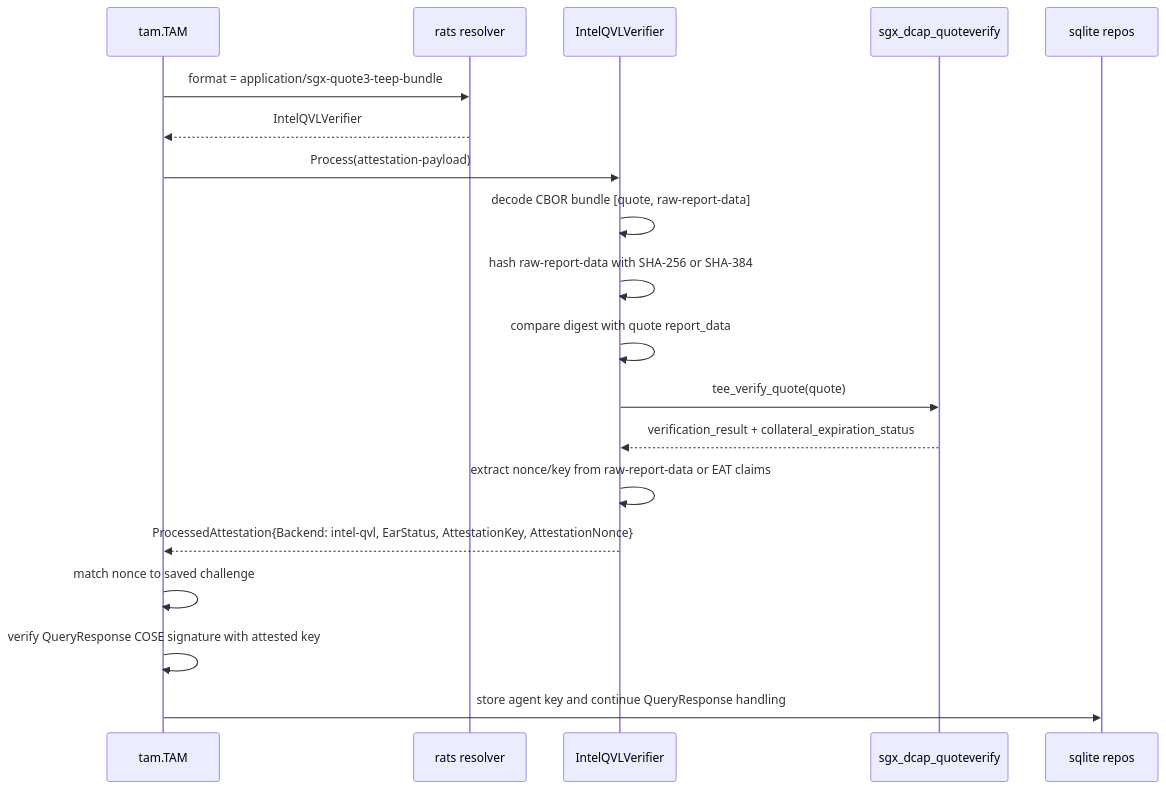
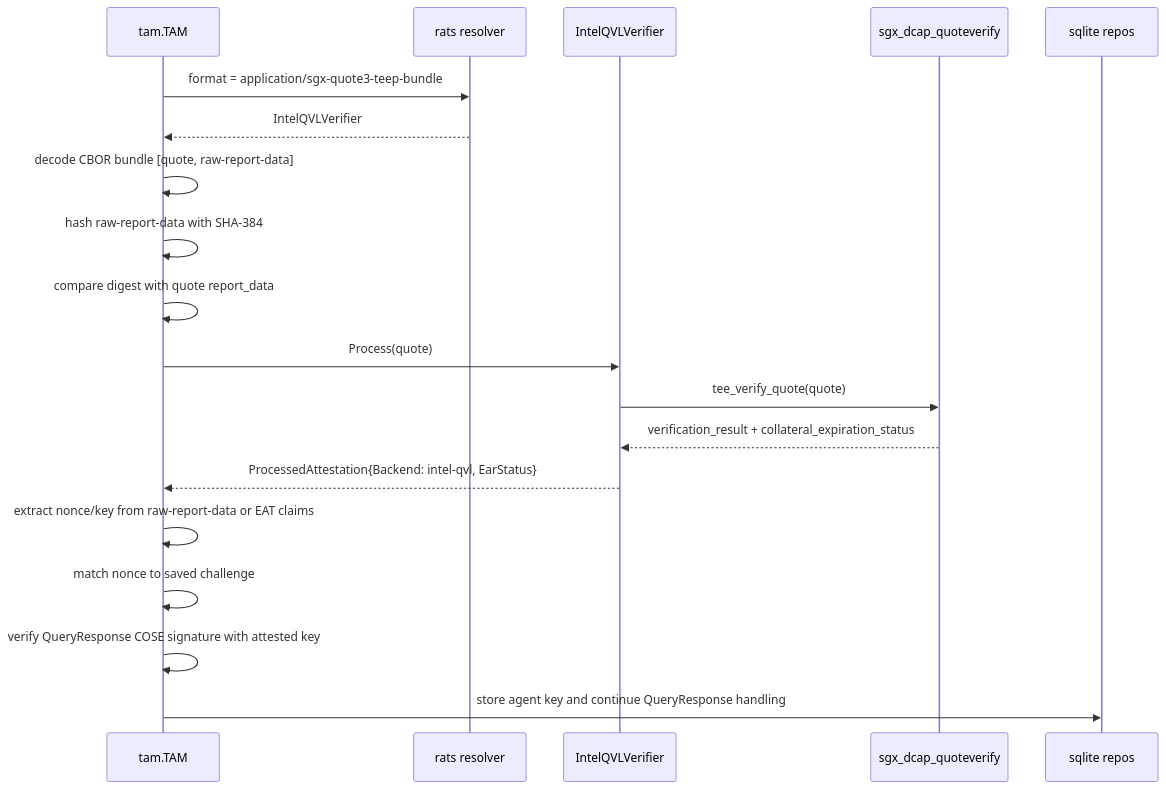
The fourth of 4 diagrams in doc/INTERNAL_DESIGN.md (kentakayama/AttesTAM), drawn with Mermaid before and after one commit. The commit also changed other lines of this file and 11 other files, not shown here.

````diff
--- a/doc/INTERNAL_DESIGN.md
+++ b/doc/INTERNAL_DESIGN.md
@@ -145,22 +146,22 @@
 ```mermaid
 sequenceDiagram
     participant T as tam.TAM
     participant R as rats resolver
     participant I as IntelQVLVerifier
     participant D as sgx_dcap_quoteverify
     participant DB as sqlite repos
 
     T->>R: format = application/sgx-quote3-teep-bundle
     R-->>T: IntelQVLVerifier
-    T->>I: Process(attestation-payload)
-    I->>I: decode CBOR bundle [quote, raw-report-data]
-    I->>I: hash raw-report-data with SHA-256 or SHA-384
-    I->>I: compare digest with quote report_data
+    T->>T: decode CBOR bundle [quote, raw-report-data]
+    T->>T: hash raw-report-data with SHA-384
+    T->>T: compare digest with quote report_data
+    T->>I: Process(quote)
     I->>D: tee_verify_quote(quote)
     D-->>I: verification_result + collateral_expiration_status
-    I->>I: extract nonce/key from raw-report-data or EAT claims
-    I-->>T: ProcessedAttestation{Backend: intel-qvl, EarStatus, AttestationKey, AttestationNonce}
+    I-->>T: ProcessedAttestation{Backend: intel-qvl, EarStatus}
+    T->>T: extract nonce/key from raw-report-data or EAT claims
     T->>T: match nonce to saved challenge
     T->>T: verify QueryResponse COSE signature with attested key
     T->>DB: store agent key and continue QueryResponse handling
 ```
````
